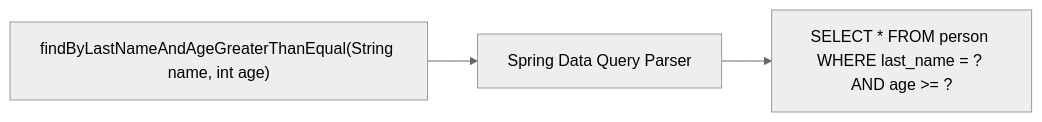
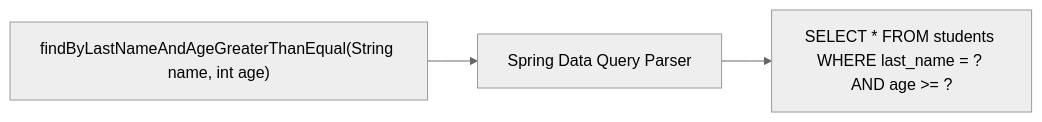
The sixth of 13 diagrams in 06-Java-and-Spring-Boot/03-Data-Persistence-Spring-Data-JPA.md (rohithgowda18/Notes), drawn with Mermaid (neutral theme) before and after one commit. The commit also changed other lines of this file and 13 other files, not shown here.

Commit message:
docs: upgrade Spring Boot study guides to Spring Boot 3+, Spring 6, Security 6, Jakarta, and add architecture diagrams

````diff
--- a/06-Java-and-Spring-Boot/03-Data-Persistence-Spring-Data-JPA.md
+++ b/06-Java-and-Spring-Boot/03-Data-Persistence-Spring-Data-JPA.md
@@ -319,6 +303,6 @@
 ```mermaid
 flowchart LR
     Method["findByLastNameAndAgeGreaterThanEqual(String name, int age)"]
     Method --> Parser["Spring Data Query Parser"]
-    Parser --> SQL["SELECT * FROM person WHERE last_name = ? AND age >= ?"]
+    Parser --> SQL["SELECT * FROM students WHERE last_name = ? AND age >= ?"]
 ```
````
